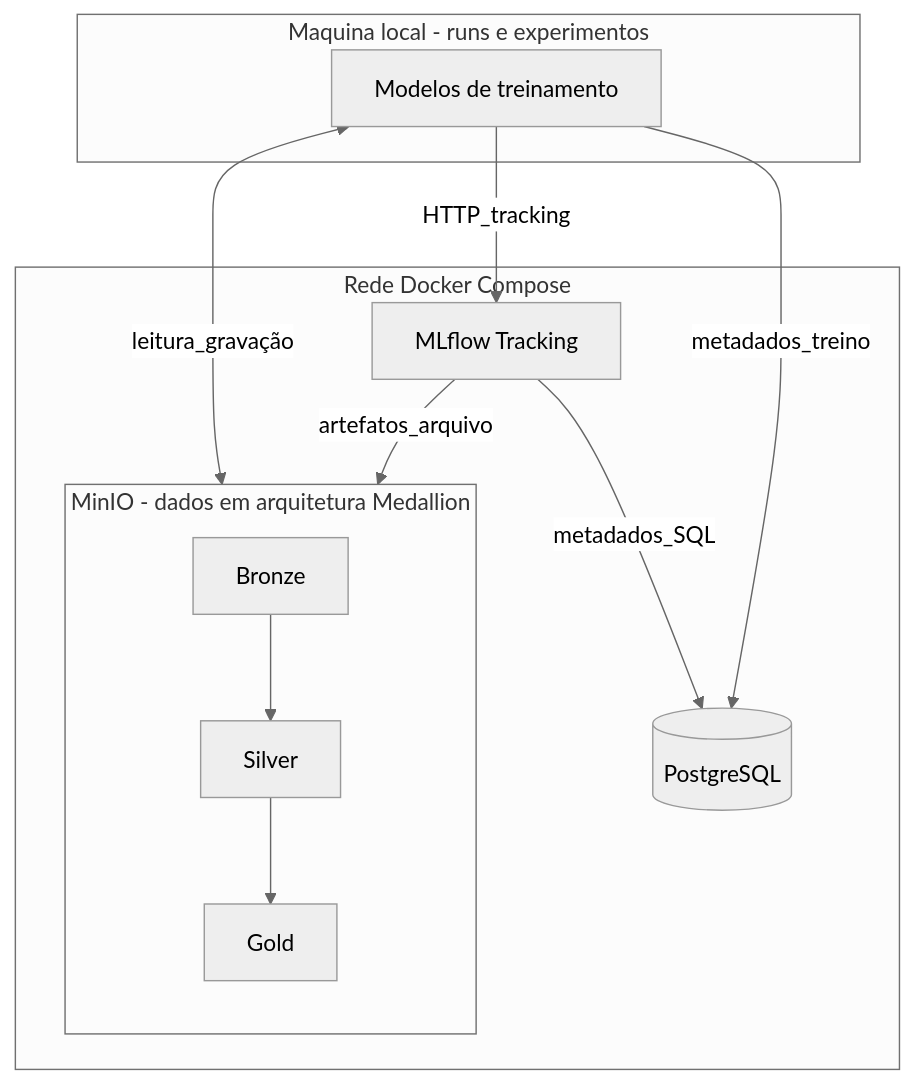
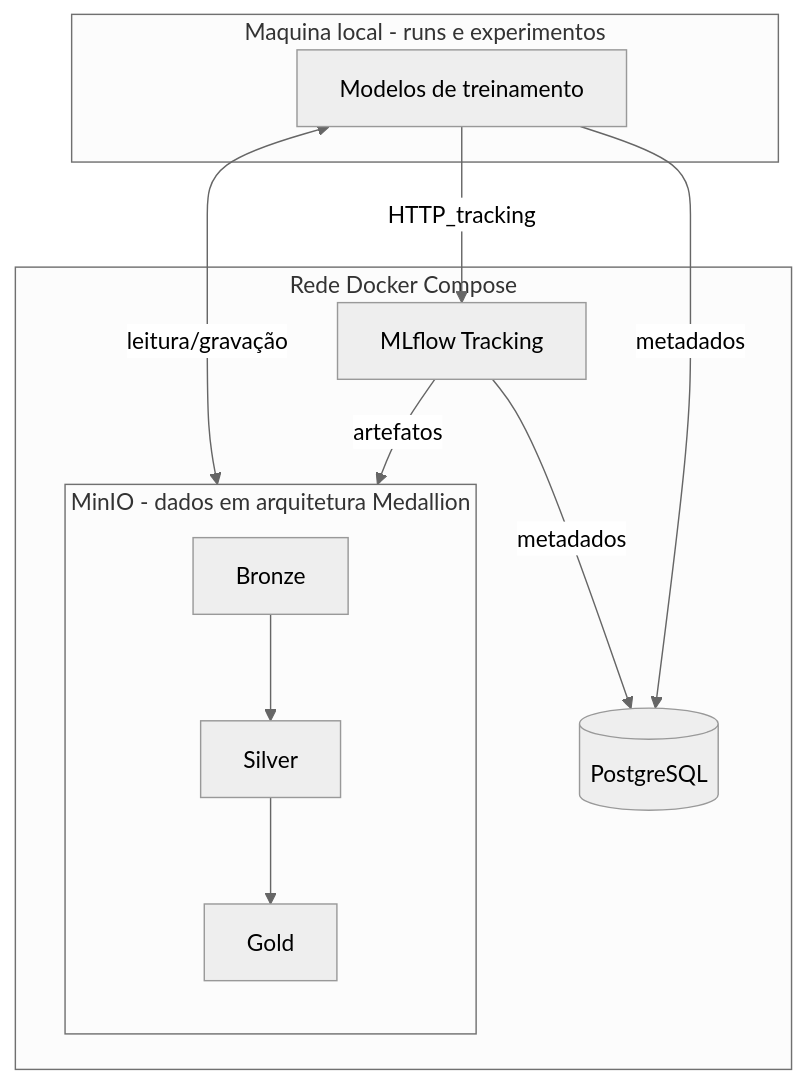
Before and after one commit to FabioBoemer/projeto-ia: the diagram in readme.md, drawn with Mermaid (neutral theme). The commit also changed other lines of this file, not shown here.

````diff
--- a/readme.md
+++ b/readme.md
@@ -50,23 +52,23 @@
 ```mermaid
 flowchart TB
   subgraph dev [Maquina local - runs e experimentos]
     PY[Modelos de treinamento]
   end
   subgraph docker [Rede Docker Compose]
     subgraph minio [MinIO - dados em arquitetura Medallion]
       direction TB
       BRZ[Bronze]
       SLV[Silver]
       GLD[Gold]
     end
     PG[(PostgreSQL)]
     MLF[MLflow Tracking]
   end
   BRZ --> SLV
   SLV --> GLD
-  PY <-->|leitura_gravação| GLD
+  PY <-->|leitura/gravação| GLD
   PY -->|HTTP_tracking| MLF
-  MLF -->|metadados_SQL| PG
-  MLF -->|artefatos_arquivo| GLD
-  PY -->|metadados_treino| PG
+  MLF -->|metadados| PG
+  MLF -->|artefatos| GLD
+  PY -->|metadados| PG
 ```
````
